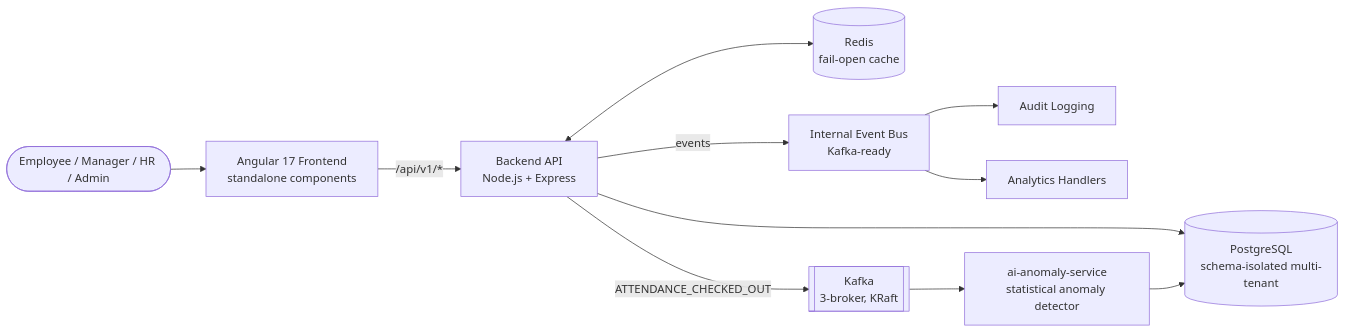
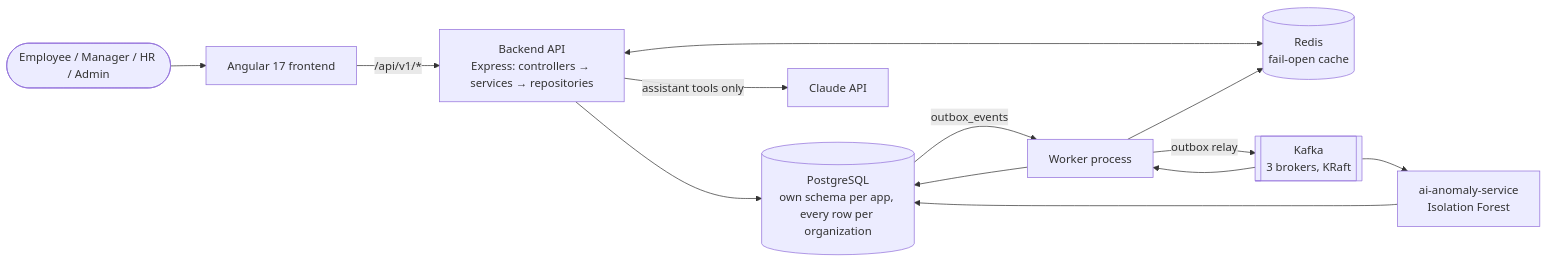
Before and after one commit to anshuraj1996/smartworkforce-ai: the first of 2 diagrams in README.md, drawn with Mermaid. The commit also changed other lines of this file and 235 other files, not shown here.

````diff
--- a/README.md
+++ b/README.md
@@ -51,13 +90,15 @@
 ```mermaid
 flowchart LR
-    U([Employee / Manager / HR / Admin]) --> FE["Angular 17 Frontend<br/>standalone components"]
-    FE -- "/api/v1/*" --> BE["Backend API<br/>Node.js + Express"]
-    BE --> DB[(PostgreSQL<br/>schema-isolated multi-tenant)]
+    U([Employee / Manager / HR / Admin]) --> FE["Angular 17 frontend"]
+    FE -- "/api/v1/*" --> BE["Backend API<br/>Express: controllers → services → repositories"]
+    BE --> DB[(PostgreSQL<br/>own schema per app, every row per organization)]
     BE <--> RD[(Redis<br/>fail-open cache)]
-    BE -- "events" --> EB["Internal Event Bus<br/>Kafka-ready"]
-    EB --> AUDIT["Audit Logging"]
-    EB --> ANALYTICS["Analytics Handlers"]
-    BE -- "ATTENDANCE_CHECKED_OUT" --> KF[[Kafka<br/>3-broker, KRaft]]
-    KF --> AI["ai-anomaly-service<br/>statistical anomaly detector"]
+    BE -- "assistant tools only" --> CL["Claude API"]
+    DB -- "outbox_events" --> WK["Worker process"]
+    WK -- "outbox relay" --> KF[[Kafka<br/>3 brokers, KRaft]]
+    KF --> WK
+    WK --> DB
+    WK --> RD
+    KF --> AI["ai-anomaly-service<br/>Isolation Forest"]
     AI --> DB
 ```
````
